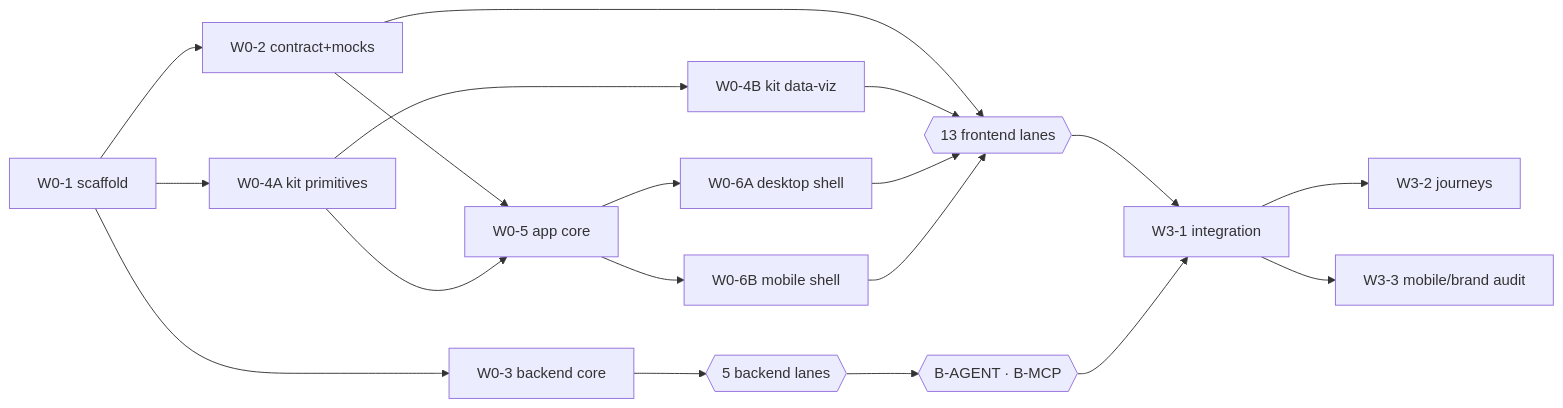
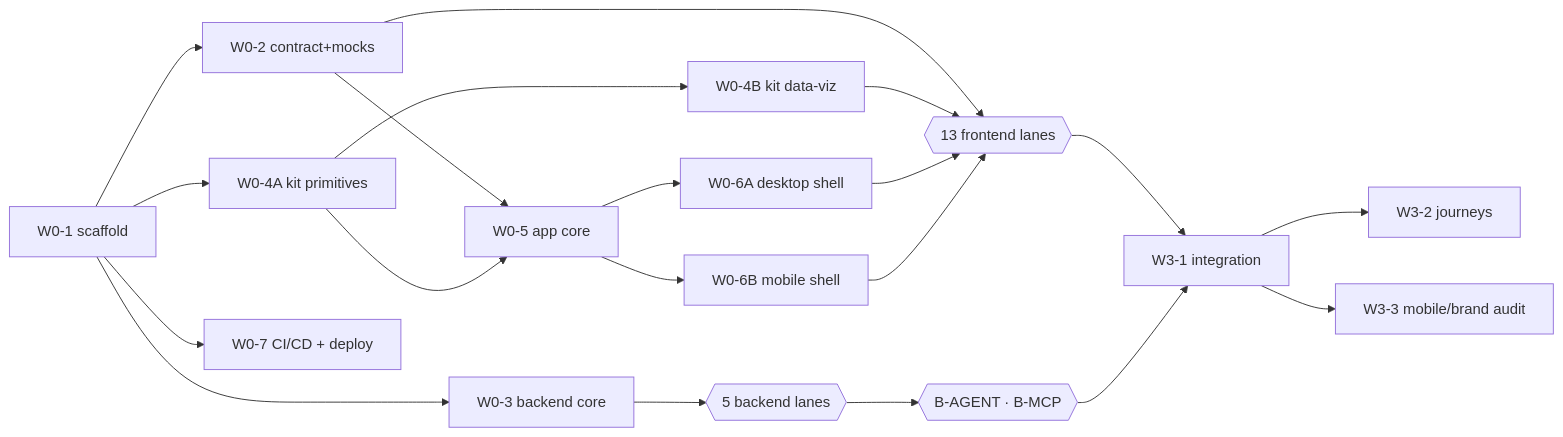
Before and after one commit to Sophia-Sergio/simbe: the diagram in docs/superpowers/parallel/README.md, drawn with Mermaid. The commit also changed other lines of this file, not shown here.

````diff
--- a/docs/superpowers/parallel/README.md
+++ b/docs/superpowers/parallel/README.md
@@ -5,21 +5,22 @@
 ```mermaid
 flowchart LR
   S[W0-1 scaffold] --> C[W0-2 contract+mocks]
   S --> B0[W0-3 backend core]
   S --> K1[W0-4A kit primitives]
+  S --> CI[W0-7 CI/CD + deploy]
   K1 --> K2[W0-4B kit data-viz]
   C --> A[W0-5 app core]
   K1 --> A
   A --> D[W0-6A desktop shell]
   A --> M[W0-6B mobile shell]
   B0 --> BL{{5 backend lanes}}
   C --> FL{{13 frontend lanes}}
   K2 --> FL
   D --> FL
   M --> FL
   BL --> W2{{B-AGENT · B-MCP}}
   FL --> I[W3-1 integration]
   W2 --> I
   I --> J[W3-2 journeys]
   I --> U[W3-3 mobile/brand audit]
 ```
````
